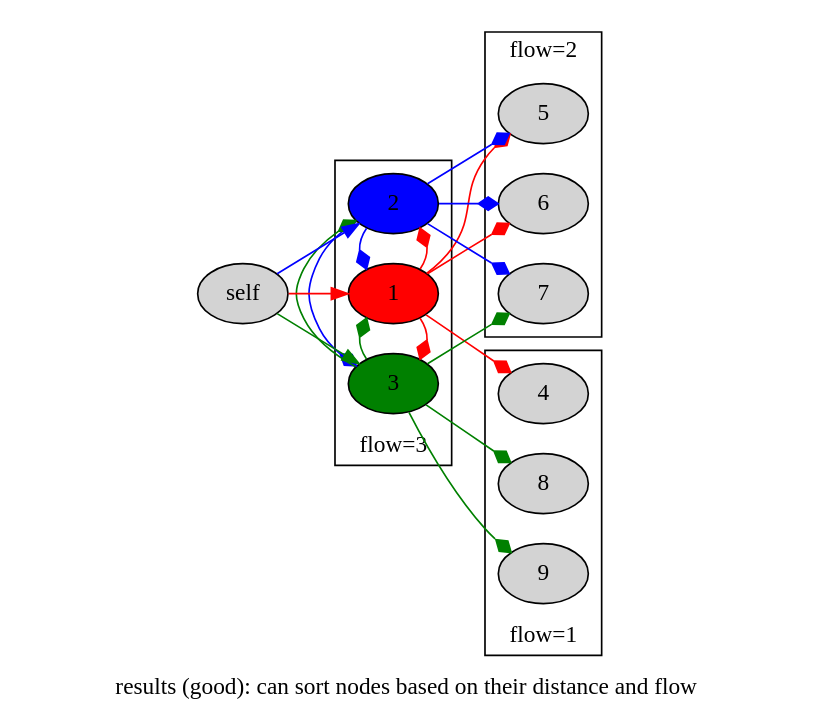
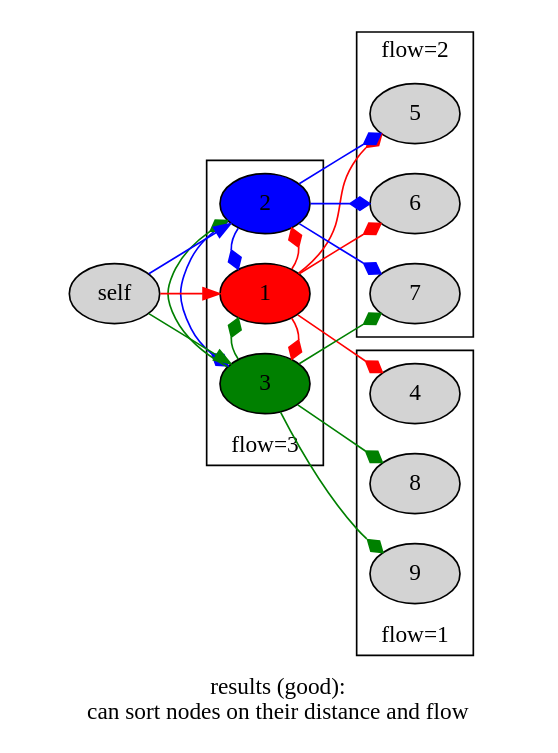
One commit to w3f/research changed the diagram in docs/polkadot/networking/L-discovery/results-1-good.dot. Above: the diagram before and after it, drawn with Graphviz. The commit also changed 2 other files, not shown here.

Commit message:
networking: skad: graphviz hackery to make images the same size

```diff
--- a/docs/polkadot/networking/L-discovery/results-1-good.dot
+++ b/docs/polkadot/networking/L-discovery/results-1-good.dot
@@ -1,39 +1,39 @@
 digraph {
-  label = "results (good): can sort nodes based on their distance and flow";
+  label = "results (good):\ncan sort nodes on their distance and flow";
   rankdir = LR;
   node [style=filled];
   edge [color=gray];
   subgraph cluster_F3 {
     label="flow=3"
     labelloc="b"
     subgraph {
       rank=same
       1,2,3
     }
   }
   self -> 1 [color=red];
   1 [fillcolor=red];
 
   self -> 2 [color=blue];
   2 [fillcolor=blue];
 
   self -> 3 [color=green];
   3 [fillcolor=green];
 
   subgraph cluster_F2 {
     label="flow=2"
     5,6,7
   }
   subgraph cluster_F1 {
     label="flow=1"
     labelloc="b"
     4,8,9
   }
 
   1 -> 4,5,6 [color=red,arrowhead=diamond]
   1 -> 2,3 [weight=0,color=red,arrowhead=diamond]
   2 -> 5,6,7 [color=blue,arrowhead=diamond]
   2 -> 1,3 [weight=0,color=blue,arrowhead=diamond]
   3 -> 7,8,9 [color=green,arrowhead=diamond]
   3 -> 1,2 [weight=0,color=green,arrowhead=diamond]
 }
```
